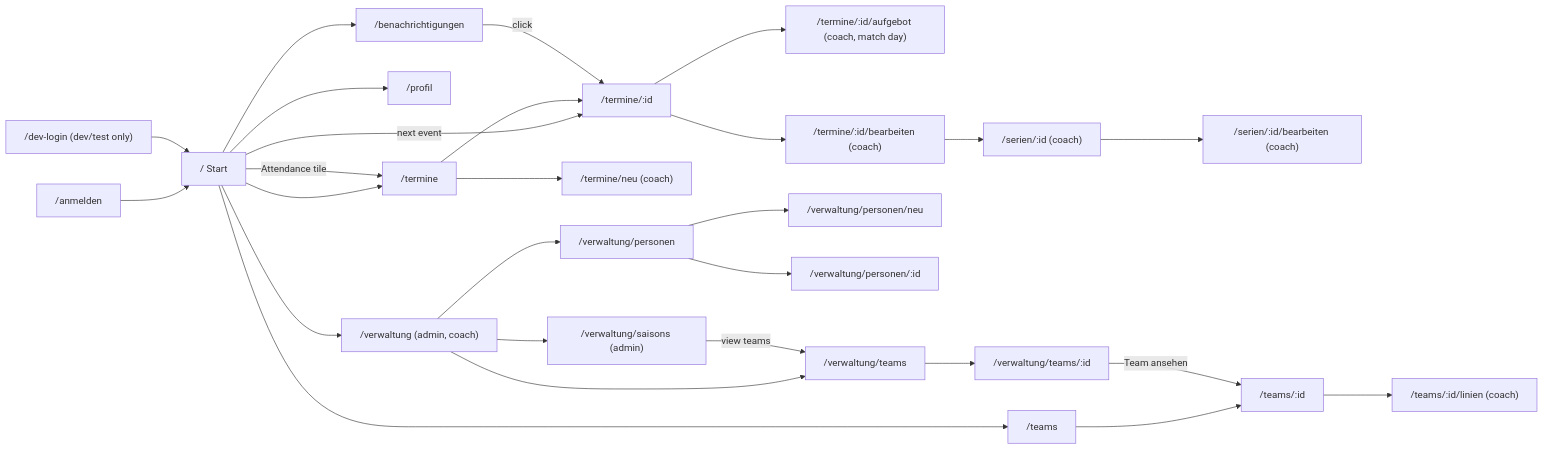
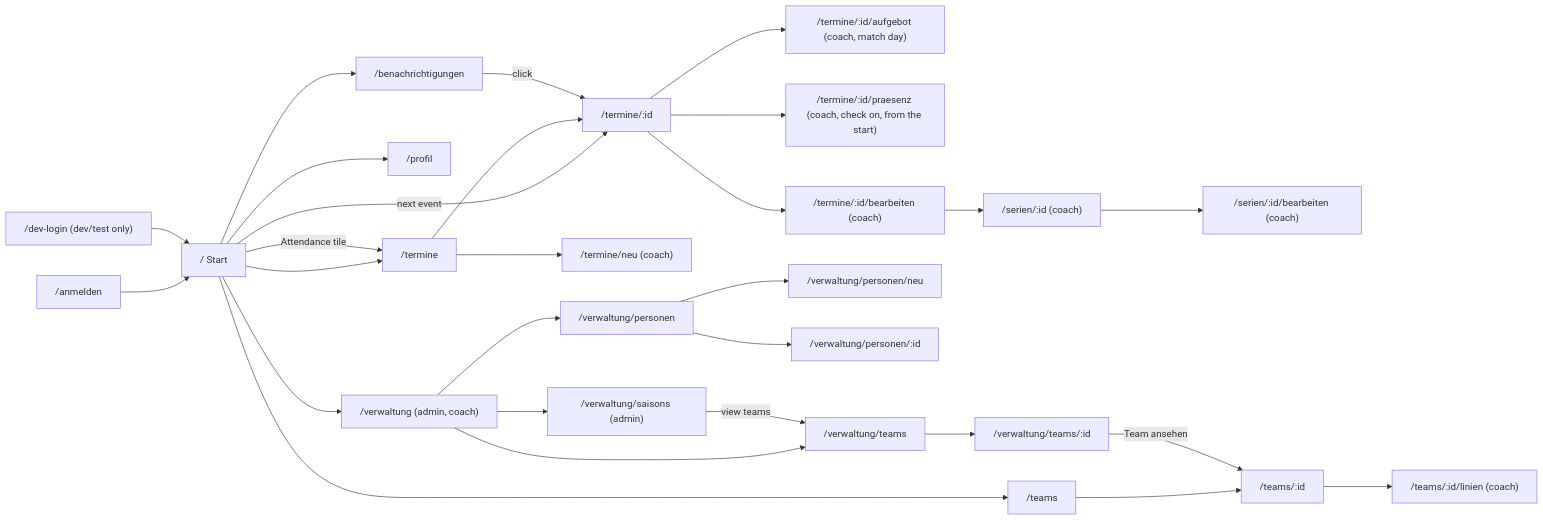
The diagram in docs/ui/navigation.md (cyrilleulmi/StvBeroPlatform), drawn with Mermaid before and after one commit. The commit also changed other lines of this file and 44 other files, not shown here.

First line of the commit message:
F-14 · Attendance check per event (#68)

````diff
--- a/docs/ui/navigation.md
+++ b/docs/ui/navigation.md
@@ -16,29 +16,30 @@
 ```mermaid
 flowchart LR
     Login["/anmelden"] --> Start["/ Start"]
     DevLogin["/dev-login (dev/test only)"] --> Start
     Start --> Events["/termine"]
     Start -->|Attendance tile| Events
     Start -->|next event| Detail
     Events --> Detail["/termine/:id"]
     Detail --> CallUp["/termine/:id/aufgebot (coach, match day)"]
+    Detail --> AttendanceCheck["/termine/:id/praesenz (coach, check on, from the start)"]
     Detail --> EditEvent["/termine/:id/bearbeiten (coach)"]
     Events --> NewEvent["/termine/neu (coach)"]
     EditEvent --> Series["/serien/:id (coach)"]
     Series --> EditSeries["/serien/:id/bearbeiten (coach)"]
     Start --> Teams["/teams"]
     Teams --> Team["/teams/:id"]
     Team --> Lines["/teams/:id/linien (coach)"]
     Start --> Profile["/profil"]
     Start --> Notifications["/benachrichtigungen"]
     Notifications -->|click| Detail
     Start --> Admin["/verwaltung (admin, coach)"]
     Admin --> People["/verwaltung/personen"]
     People --> NewPerson["/verwaltung/personen/neu"]
     People --> PersonDetail["/verwaltung/personen/:id"]
     Admin --> ATeams["/verwaltung/teams"]
     ATeams --> ATeam["/verwaltung/teams/:id"]
     ATeam -->|Team ansehen| Team
     Admin --> Seasons["/verwaltung/saisons (admin)"]
     Seasons -->|view teams| ATeams
 ```
````
